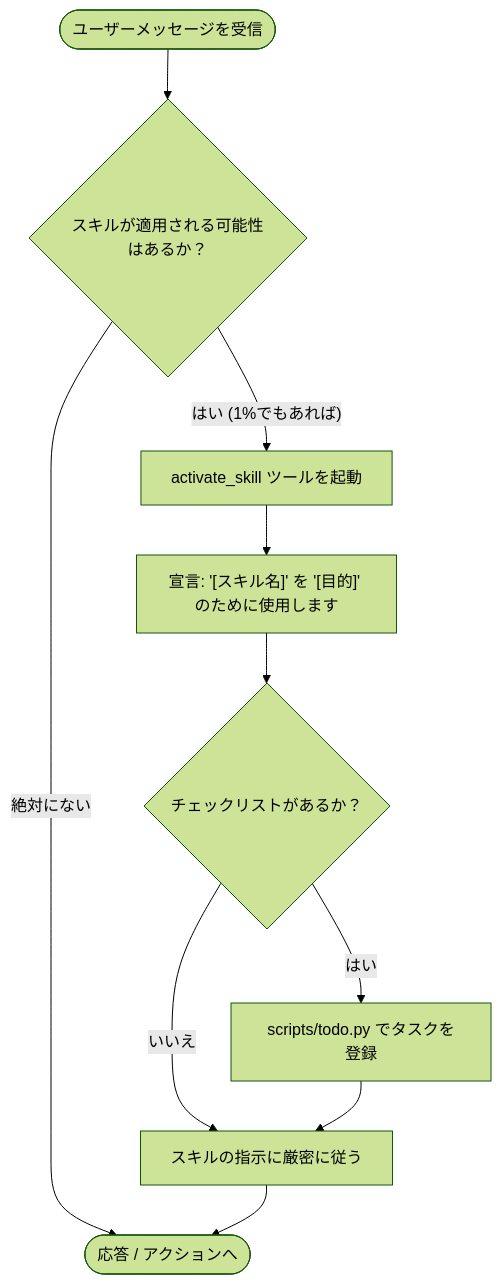
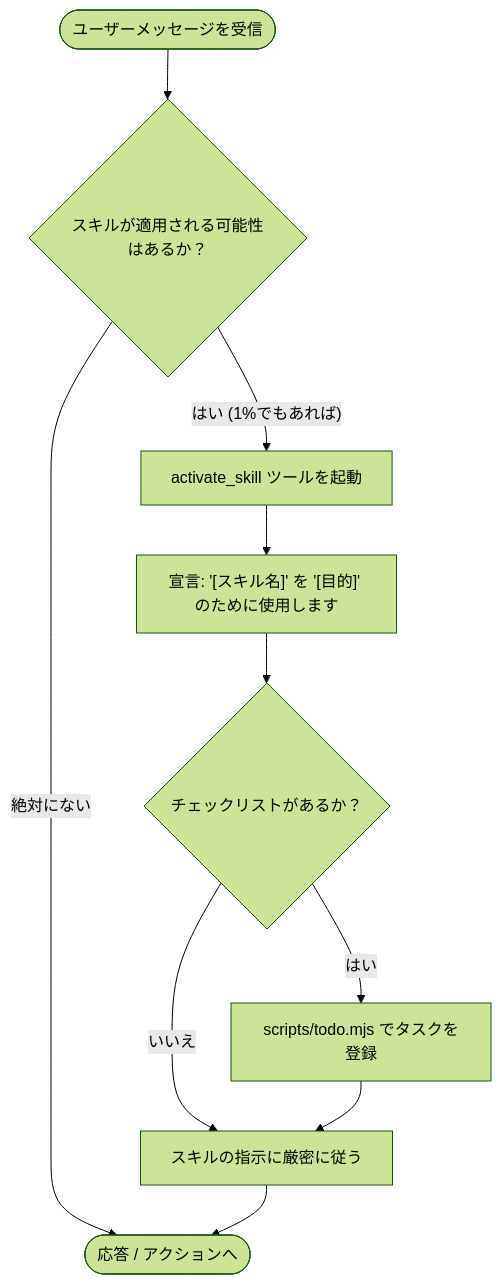
One commit to oki2a24/superpowerssuperpowers changed the diagram in .gemini/skills/using-superpowers/SKILL.md. Above: the diagram before and after it, drawn with Mermaid (forest theme). The commit also changed 7 other files, not shown here.

````diff
--- a/.gemini/skills/using-superpowers/SKILL.md
+++ b/.gemini/skills/using-superpowers/SKILL.md
@@ -24,12 +24,12 @@
 ```mermaid
 graph TD
     A([ユーザーメッセージを受信]) --> B{スキルが適用される可能性はあるか？}
     B -- "はい (1%でもあれば)" --> C[activate_skill ツールを起動]
     B -- "絶対にない" --> H([応答 / アクションへ])
     C --> D["宣言: '[スキル名]' を '[目的]' のために使用します"]
     D --> E{チェックリストがあるか？}
-    E -- "はい" --> F["scripts/todo.py でタスクを登録"]
+    E -- "はい" --> F["scripts/todo.mjs でタスクを登録"]
     E -- "いいえ" --> G[スキルの指示に厳密に従う]
     F --> G
     G --> H
 ```
````
